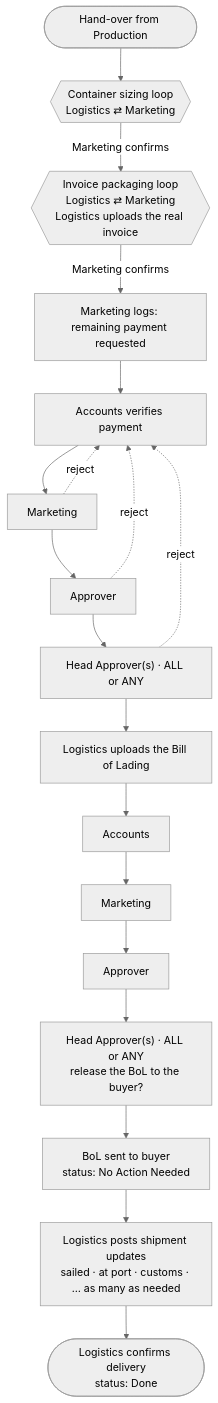
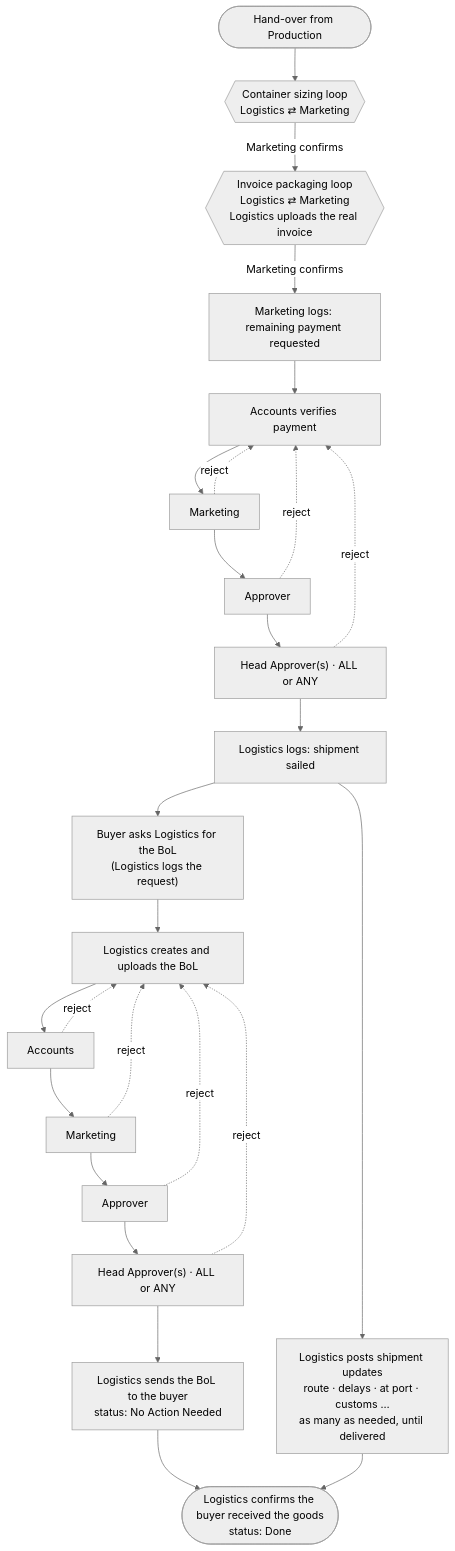
Before and after one commit to Zardian18/docflow: the third of 3 diagrams in docs/v2-workflow.md, drawn with Mermaid (neutral theme). The commit also changed other lines of this file and 2 other files, not shown here.

Commit message:
docs: v2 decisions (D24) and the revised Phase 3 (BoL only on the buyer's request)

````diff
--- a/docs/v2-workflow.md
+++ b/docs/v2-workflow.md
@@ -87,15 +87,22 @@
 ```mermaid
 flowchart TB
   H(["Hand-over from Production"]) --> C1{{"Container sizing loop<br/>Logistics ⇄ Marketing"}}
   C1 -->|Marketing confirms| C2{{"Invoice packaging loop<br/>Logistics ⇄ Marketing<br/>Logistics uploads the real invoice"}}
   C2 -->|Marketing confirms| RP["Marketing logs: remaining payment requested"]
   RP --> P1["Accounts verifies payment"] --> P2["Marketing"] --> P3["Approver"] --> P4["Head Approver(s) · ALL or ANY"]
   P2 -.->|reject| P1
   P3 -.->|reject| P1
   P4 -.->|reject| P1
-  P4 --> BL["Logistics uploads the Bill of Lading"]
-  BL --> R1["Accounts"] --> R2["Marketing"] --> R3["Approver"] --> R4["Head Approver(s) · ALL or ANY<br/>release the BoL to the buyer?"]
-  R4 --> SENT["BoL sent to buyer<br/>status: No Action Needed"]
-  SENT --> CP["Logistics posts shipment updates<br/>sailed · at port · customs · … as many as needed"]
-  CP --> DONE(["Logistics confirms delivery<br/>status: Done"])
+  P4 --> SAIL["Logistics logs: shipment sailed"]
+  SAIL --> CP["Logistics posts shipment updates<br/>route · delays · at port · customs …<br/>as many as needed, until delivered"]
+  SAIL --> ASK["Buyer asks Logistics for the BoL<br/>(Logistics logs the request)"]
+  ASK --> BL["Logistics creates and uploads the BoL"]
+  BL --> R1["Accounts"] --> R2["Marketing"] --> R3["Approver"] --> R4["Head Approver(s) · ALL or ANY"]
+  R2 -.->|reject| BL
+  R3 -.->|reject| BL
+  R4 -.->|reject| BL
+  R1 -.->|reject| BL
+  R4 --> SENT["Logistics sends the BoL to the buyer<br/>status: No Action Needed"]
+  SENT --> DONE(["Logistics confirms the buyer received the goods<br/>status: Done"])
+  CP --> DONE
 ```
````
